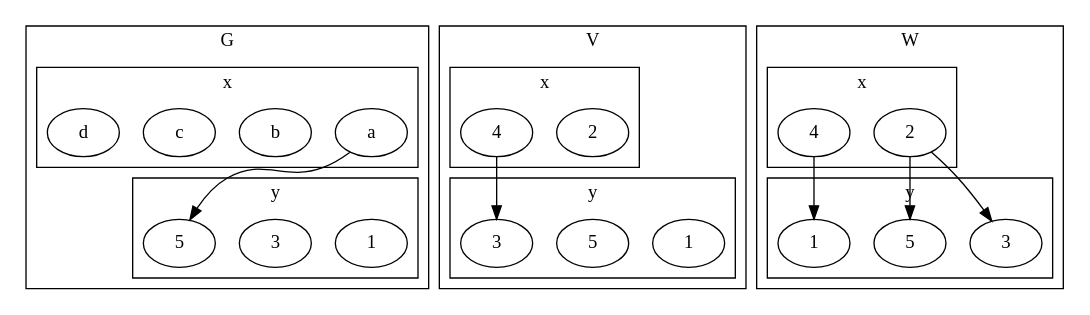
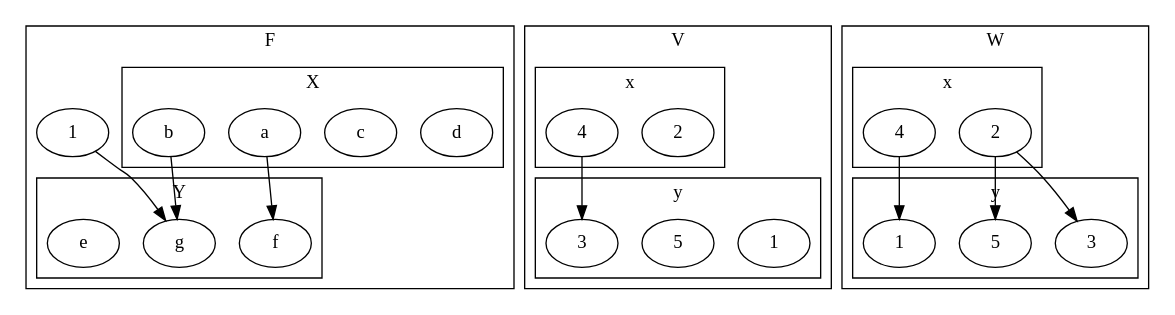
Before and after one commit to tnichols217/notes: the sixth of 6 diagrams in CSDS 302 - Discrete Math/HW/1.md, drawn with Graphviz.

Commit message:
vault backup: 2024-01-26 19:14:57

````diff
--- a/CSDS 302 - Discrete Math/HW/1.md
+++ b/CSDS 302 - Discrete Math/HW/1.md
@@ -535,62 +535,64 @@
 ```dot
 digraph {
 	subgraph {
-		label=G
+		label=F
 		cluster=true
 		subgraph {
-			label=x
+			label=X
 			cluster=true
+			d1 [label=d]
+			c1 [label=c]
+			b1 [label=b]
 			a1 [label=a]
-			b1 [label=b]
-			c1 [label=c]
-			d1 [label=d]
 		}
 		subgraph {
-			label=y
+			label=Y
 			cluster=true
-			A1 [label=1]
-			B1 [label=3]
-			C1 [label=5]
+			C1 [label=g]
+			B1 [label=f]
+			A1 [label=e]
 		}
-		a1->C1
+		a1->B1
+		b1->C1
+		1->C1
 	}
 	subgraph {
 		label=V
 		cluster=true
 		subgraph {
 			label=x
 			cluster=true
 			a2 [label=2]
 			b2 [label=4]
 		}
 		subgraph {
 			label=y
 			cluster=true
 			A2 [label=1]
 			C2 [label=5]
 			B2 [label=3]
 		}
 		b2->B2
 	}
 	subgraph {
 		label=W
 		cluster=true
 		subgraph {
 			label=x
 			cluster=true
 			a [label=2]
 			b [label=4]
 		}
 		subgraph {
 			label=y
 			cluster=true
 			C [label=5]
 			A [label=1]
 			B [label=3]
 		}
 		a->C
 		b->A
 		a->B
 	}
 }
 ```
````
